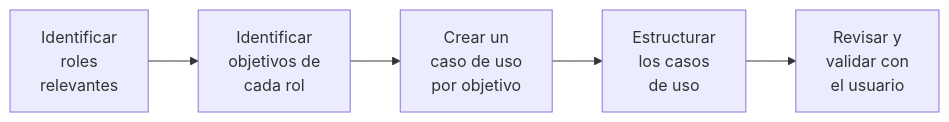
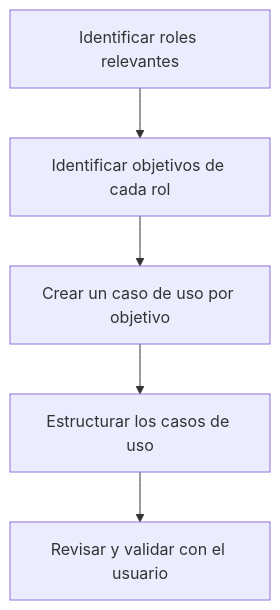
Before and after one commit to agustinbravop/utn-vault: the diagram in 2do Nivel/Análisis de Sistemas de Información/Diagrama de Casos de Uso.md, drawn with Mermaid. The commit also changed 41 other files, not shown here.

````diff
--- a/2do Nivel/Análisis de Sistemas de Información/Diagrama de Casos de Uso.md
+++ b/2do Nivel/Análisis de Sistemas de Información/Diagrama de Casos de Uso.md
@@ -11,4 +11,4 @@
 ```mermaid
-flowchart LR;
-1[Identificar<br/>roles<br/>relevantes] --> 2[Identificar<br/>objetivos de<br/>cada rol] --> 3[Crear un<br/>caso de uso<br/>por objetivo] --> 4[Estructurar<br/>los casos<br/>de uso] --> 5[Revisar y<br/>validar con<br/>el usuario]
+flowchart TD;
+1[Identificar roles relevantes] --> 2[Identificar objetivos de cada rol] --> 3[Crear un caso de uso por objetivo] --> 4[Estructurar los casos de uso] --> 5[Revisar y validar con el usuario]
 ```
````
